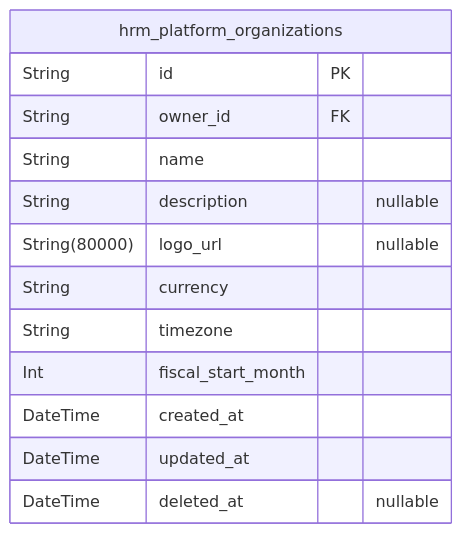
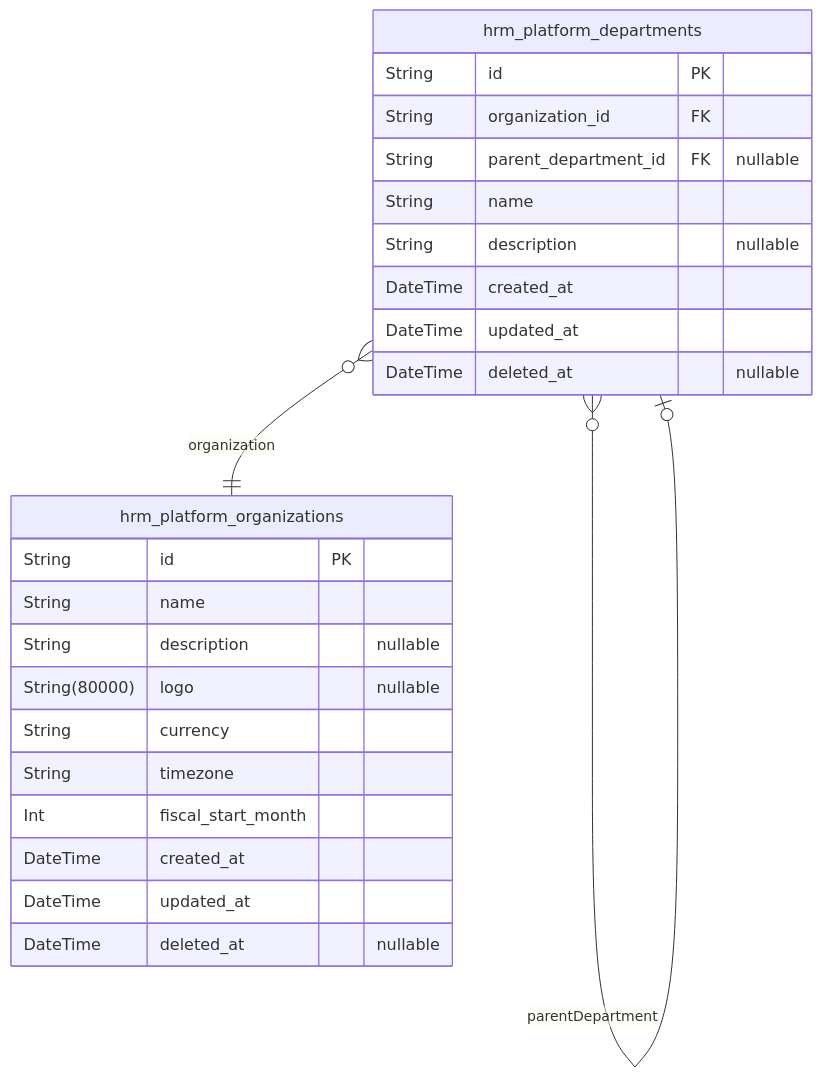
The second of 6 diagrams in qwen/qwen3.5-397b-a17b/erp/docs/ERD.md (wrtnlabs/autobe-examples), drawn with Mermaid before and after one commit. The commit also changed other lines of this file and 9017 other files, not shown here.

````diff
--- a/qwen/qwen3.5-397b-a17b/erp/docs/ERD.md
+++ b/qwen/qwen3.5-397b-a17b/erp/docs/ERD.md
@@ -208,16 +196,27 @@
 ```mermaid
 erDiagram
 "hrm_platform_organizations" {
   String id PK
-  String owner_id FK
   String name
   String description "nullable"
-  String(80000) logo_url "nullable"
+  String(80000) logo "nullable"
   String currency
   String timezone
   Int fiscal_start_month
   DateTime created_at
   DateTime updated_at
   DateTime deleted_at "nullable"
 }
+"hrm_platform_departments" {
+  String id PK
+  String organization_id FK
+  String parent_department_id FK "nullable"
+  String name
+  String description "nullable"
+  DateTime created_at
+  DateTime updated_at
+  DateTime deleted_at "nullable"
+}
+"hrm_platform_departments" }o--|| "hrm_platform_organizations" : organization
+"hrm_platform_departments" }o--o| "hrm_platform_departments" : parentDepartment
 ```
````
